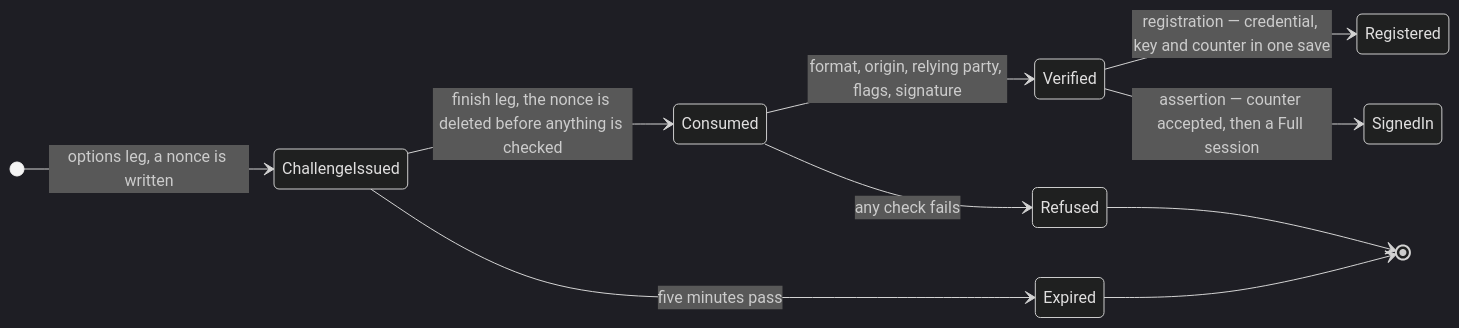
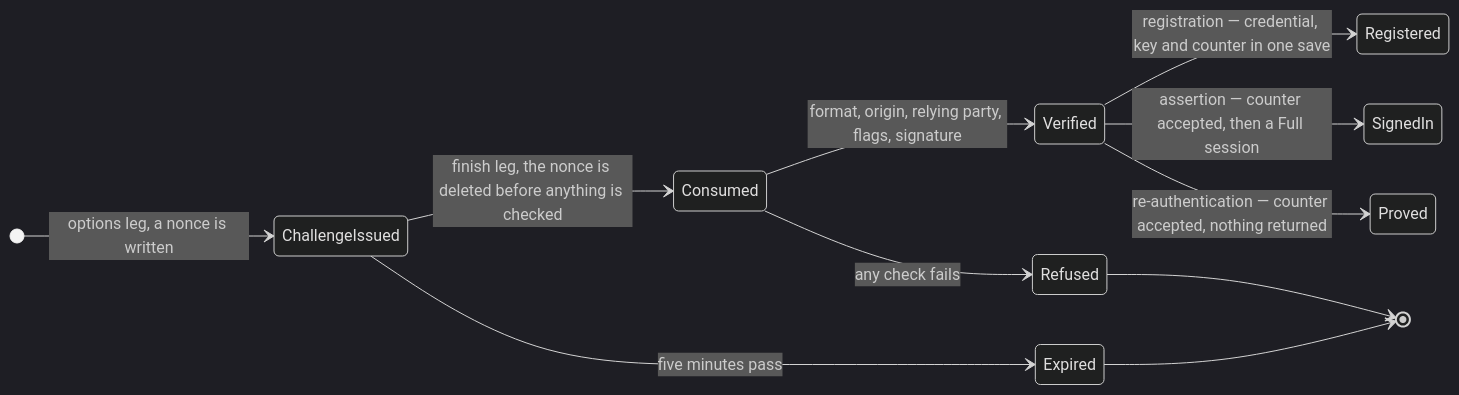
The second of 2 diagrams in docs/business-logic/passkeys.md (anton-kochev/budgetoid), drawn with Mermaid (dark theme) before and after one commit. The commit also changed other lines of this file and 29 other files, not shown here.

````diff
--- a/docs/business-logic/passkeys.md
+++ b/docs/business-logic/passkeys.md
@@ -292,13 +344,14 @@
 ```mermaid
 stateDiagram-v2
     direction LR
     [*] --> ChallengeIssued : options leg, a nonce is written
     ChallengeIssued --> Consumed : finish leg, the nonce is deleted before anything is checked
     Consumed --> Verified : format, origin, relying party, flags, signature
     Verified --> Registered : registration — credential, key and counter in one save
     Verified --> SignedIn : assertion — counter accepted, then a Full session
+    Verified --> Proved : re-authentication — counter accepted, nothing returned
     Consumed --> Refused : any check fails
     ChallengeIssued --> Expired : five minutes pass
     Refused --> [*]
     Expired --> [*]
 ```
````
